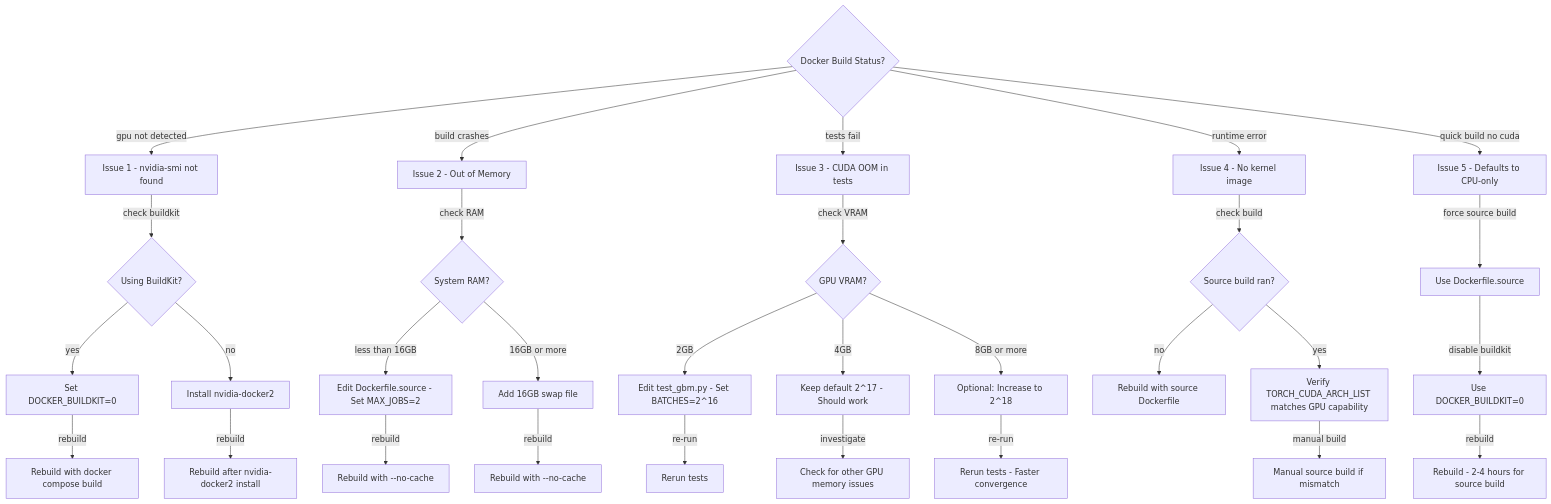
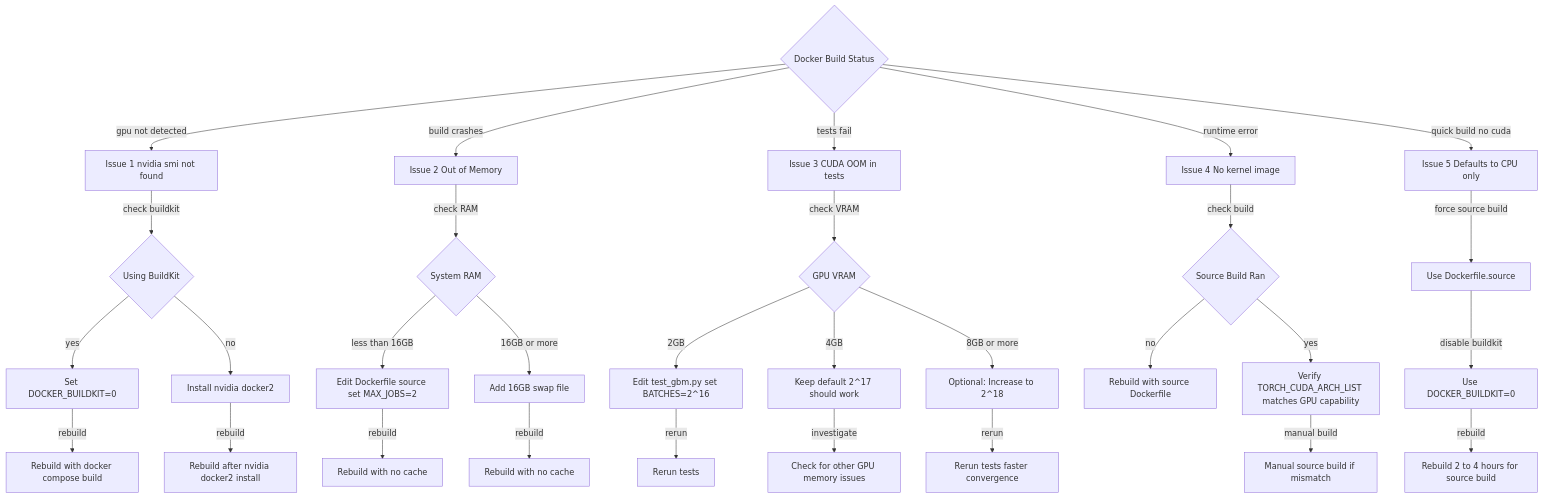
The diagram in documents/engineering/gpu_build.md (Tuee22/SpectralMC), drawn with Mermaid before and after one commit. The commit also changed other lines of this file and 68 other files, not shown here.

````diff
--- a/documents/engineering/gpu_build.md
+++ b/documents/engineering/gpu_build.md
@@ -341,44 +344,44 @@
 ```mermaid
 flowchart TB
-  Start{Docker Build Status?}
-  NoGPU[Issue 1 - nvidia-smi not found]
-  OOM[Issue 2 - Out of Memory]
-  TestOOM[Issue 3 - CUDA OOM in tests]
-  NoKernel[Issue 4 - No kernel image]
-  CPUOnly[Issue 5 - Defaults to CPU-only]
+  Start{Docker Build Status}
+  NoGPU[Issue 1 nvidia smi not found]
+  OOM[Issue 2 Out of Memory]
+  TestOOM[Issue 3 CUDA OOM in tests]
+  NoKernel[Issue 4 No kernel image]
+  CPUOnly[Issue 5 Defaults to CPU only]
 
   Start -->|gpu not detected| NoGPU
   Start -->|build crashes| OOM
   Start -->|tests fail| TestOOM
   Start -->|runtime error| NoKernel
   Start -->|quick build no cuda| CPUOnly
 
-  NoGPU -->|check buildkit| DockerBuildKit{Using BuildKit?}
+  NoGPU -->|check buildkit| DockerBuildKit{Using BuildKit}
   DockerBuildKit -->|yes| DisableBuildKit[Set DOCKER_BUILDKIT=0]
-  DockerBuildKit -->|no| CheckNvidiaDocker[Install nvidia-docker2]
+  DockerBuildKit -->|no| CheckNvidiaDocker[Install nvidia docker2]
   DisableBuildKit -->|rebuild| RebuildAfterBuildKit[Rebuild with docker compose build]
-  CheckNvidiaDocker -->|rebuild| RebuildAfterDocker[Rebuild after nvidia-docker2 install]
+  CheckNvidiaDocker -->|rebuild| RebuildAfterDocker[Rebuild after nvidia docker2 install]
 
-  OOM -->|check RAM| CheckRAM{System RAM?}
-  CheckRAM -->|less than 16GB| ReduceJobs[Edit Dockerfile.source - Set MAX_JOBS=2]
+  OOM -->|check RAM| CheckRAM{System RAM}
+  CheckRAM -->|less than 16GB| ReduceJobs[Edit Dockerfile source set MAX_JOBS=2]
   CheckRAM -->|16GB or more| AddSwap[Add 16GB swap file]
-  ReduceJobs -->|rebuild| RebuildAfterRAM[Rebuild with --no-cache]
-  AddSwap -->|rebuild| RebuildAfterSwap[Rebuild with --no-cache]
+  ReduceJobs -->|rebuild| RebuildAfterRAM[Rebuild with no cache]
+  AddSwap -->|rebuild| RebuildAfterSwap[Rebuild with no cache]
 
-  TestOOM -->|check VRAM| CheckVRAM{GPU VRAM?}
-  CheckVRAM -->|2GB| ReduceBatch2GB[Edit test_gbm.py - Set BATCHES=2^16]
-  CheckVRAM -->|4GB| KeepDefault[Keep default 2^17 - Should work]
+  TestOOM -->|check VRAM| CheckVRAM{GPU VRAM}
+  CheckVRAM -->|2GB| ReduceBatch2GB[Edit test_gbm.py set BATCHES=2^16]
+  CheckVRAM -->|4GB| KeepDefault[Keep default 2^17 should work]
   CheckVRAM -->|8GB or more| IncreaseBatch[Optional: Increase to 2^18]
-  ReduceBatch2GB -->|re-run| RerunTests[Rerun tests]
+  ReduceBatch2GB -->|rerun| RerunTests[Rerun tests]
   KeepDefault -->|investigate| CheckOtherIssues[Check for other GPU memory issues]
-  IncreaseBatch -->|re-run| RerunTestsFaster[Rerun tests - Faster convergence]
+  IncreaseBatch -->|rerun| RerunTestsFaster[Rerun tests faster convergence]
 
-  NoKernel -->|check build| CheckBuild{Source build ran?}
+  NoKernel -->|check build| CheckBuild{Source Build Ran}
   CheckBuild -->|no| RebuildSource[Rebuild with source Dockerfile]
   CheckBuild -->|yes| CheckArch[Verify TORCH_CUDA_ARCH_LIST matches GPU capability]
   CheckArch -->|manual build| ManualSourceBuild[Manual source build if mismatch]
 
   CPUOnly -->|force source build| ForceBuild[Use Dockerfile.source]
   ForceBuild -->|disable buildkit| UseNoBuildKit[Use DOCKER_BUILDKIT=0]
-  UseNoBuildKit -->|rebuild| RebuildFromSource[Rebuild - 2-4 hours for source build]
+  UseNoBuildKit -->|rebuild| RebuildFromSource[Rebuild 2 to 4 hours for source build]
 ```
````
